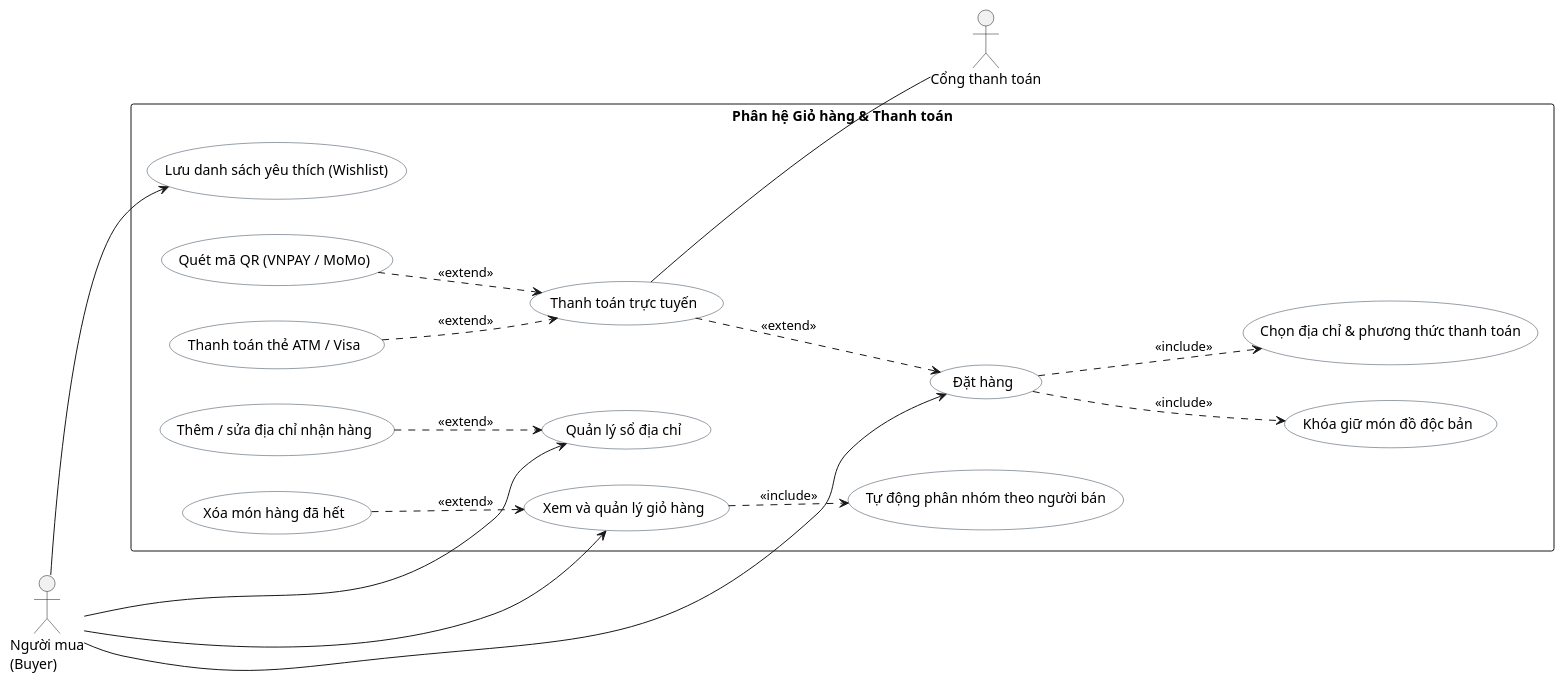
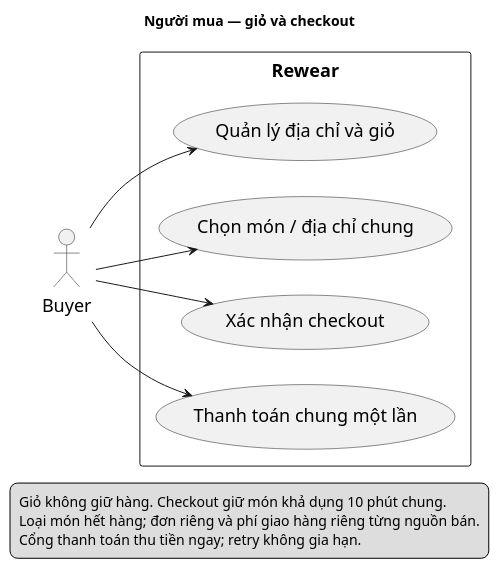
The diagram in docs/diagrams/usecases/buyer-cart-checkout-usecase.puml (buihaiduongdev/rewear-be), drawn with PlantUML before and after one commit. The commit also changed 34 other files, not shown here.

Commit message:
docs: align business specifications and report diagrams

```diff
--- a/docs/diagrams/usecases/buyer-cart-checkout-usecase.puml
+++ b/docs/diagrams/usecases/buyer-cart-checkout-usecase.puml
@@ -1,50 +1,24 @@
 @startuml
 left to right direction
 skinparam shadowing false
-skinparam defaultFontName Arial
-
-skinparam usecase {
-  BackgroundColor #FFFFFF
-  BorderColor #2C3E50
+skinparam defaultFontName SansSerif
+skinparam defaultFontSize 18
+skinparam Padding 4
+title Người mua — giỏ và checkout
+actor "Buyer" as A
+rectangle "Rewear" {
+usecase "Quản lý địa chỉ và giỏ" as U0
+usecase "Chọn món / địa chỉ chung" as U1
+usecase "Xác nhận checkout" as U2
+usecase "Thanh toán chung một lần" as U3
 }
-
-actor "Người mua\n(Buyer)" as NguoiMua
-actor "Cổng thanh toán" as CongThanhToan
-
-rectangle "Phân hệ Giỏ hàng & Thanh toán" {
-  usecase "Lưu danh sách yêu thích (Wishlist)" as Wishlist
-  
-  usecase "Quản lý sổ địa chỉ" as QuanLyDiaChi
-  usecase "Thêm / sửa địa chỉ nhận hàng" as SuaDiaChi
-  
-  usecase "Xem và quản lý giỏ hàng" as QuanLyGioHang
-  usecase "Tự động phân nhóm theo người bán" as TachNhomShop
-  usecase "Xóa món hàng đã hết" as XoaMonHet
-  
-  usecase "Đặt hàng" as DatHang
-  usecase "Khóa giữ món đồ độc bản" as KhoaGiuHang
-  usecase "Chọn địa chỉ & phương thức thanh toán" as ChonDiaChiPT
-  
-  usecase "Thanh toán trực tuyến" as ThanhToanOnline
-  usecase "Quét mã QR (VNPAY / MoMo)" as QuetQR
-  usecase "Thanh toán thẻ ATM / Visa" as TheATM
-}
-
-NguoiMua --> Wishlist
-NguoiMua --> QuanLyDiaChi
-NguoiMua --> QuanLyGioHang
-NguoiMua --> DatHang
-
-SuaDiaChi ..> QuanLyDiaChi : <<extend>>
-QuanLyGioHang ..> TachNhomShop : <<include>>
-XoaMonHet ..> QuanLyGioHang : <<extend>>
-
-DatHang ..> KhoaGiuHang : <<include>>
-DatHang ..> ChonDiaChiPT : <<include>>
-
-ThanhToanOnline ..> DatHang : <<extend>>
-QuetQR ..> ThanhToanOnline : <<extend>>
-TheATM ..> ThanhToanOnline : <<extend>>
-
-ThanhToanOnline -- CongThanhToan
+A --> U0
+A --> U1
+A --> U2
+A --> U3
+legend bottom
+Giỏ không giữ hàng. Checkout giữ món khả dụng 10 phút chung.
+Loại món hết hàng; đơn riêng và phí giao hàng riêng từng nguồn bán.
+Cổng thanh toán thu tiền ngay; retry không gia hạn.
+endlegend
 @enduml
```
